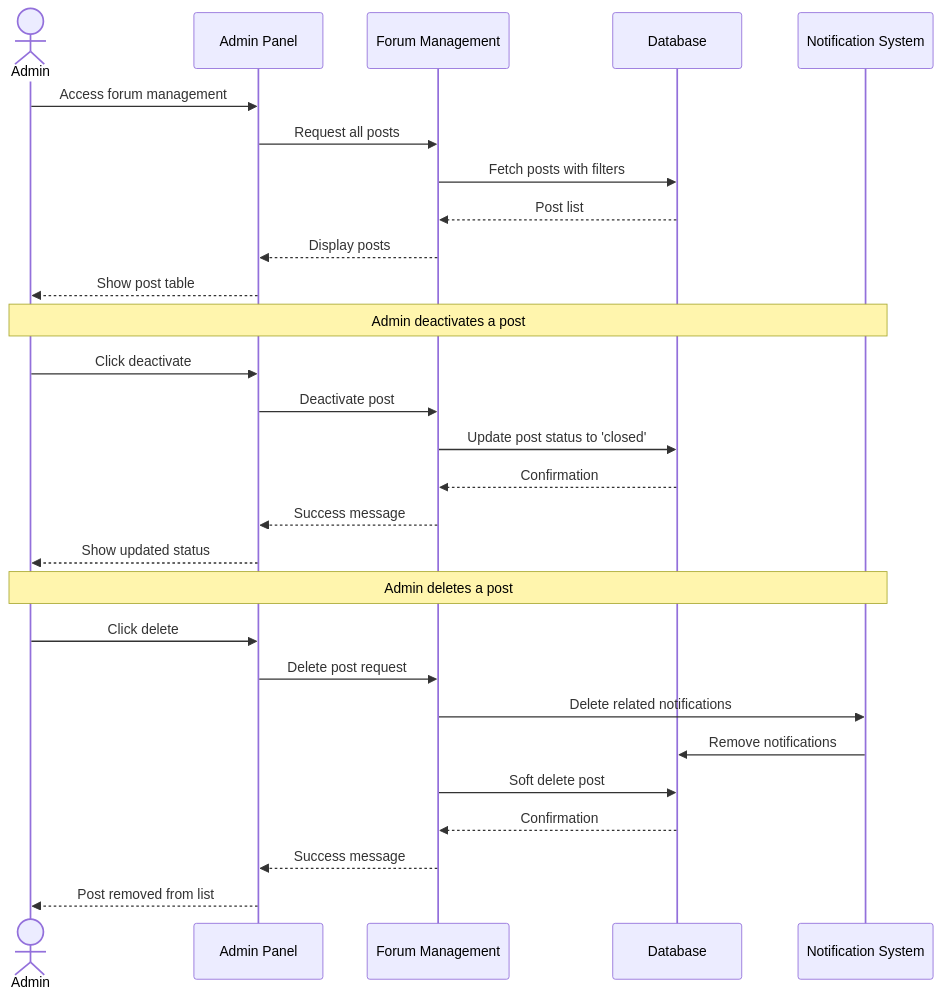
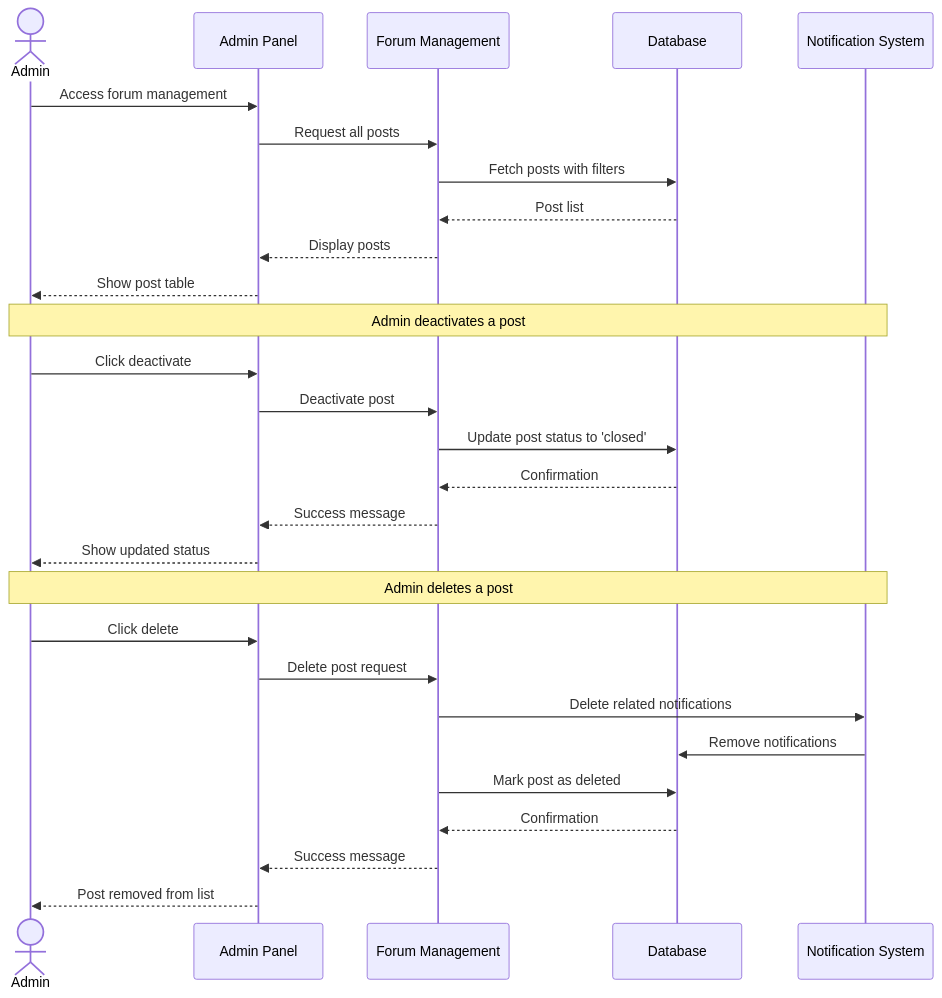
One commit to abdullah2323442/practice changed diagram 12 of 15 in system documentation.md. Above: the diagram before and after it, drawn with Mermaid. The commit also changed other lines of this file, not shown here.

````diff
--- a/system documentation.md
+++ b/system documentation.md
@@ -574,33 +579,33 @@
 ```mermaid
 sequenceDiagram
     actor Admin
     participant Web as Admin Panel
     participant Forum as Forum Management
     participant DB as Database
     participant Notif as Notification System
     
     Admin->>Web: Access forum management
     Web->>Forum: Request all posts
     Forum->>DB: Fetch posts with filters
     DB-->>Forum: Post list
     Forum-->>Web: Display posts
     Web-->>Admin: Show post table
     
     Note over Admin,Notif: Admin deactivates a post
     Admin->>Web: Click deactivate
     Web->>Forum: Deactivate post
     Forum->>DB: Update post status to 'closed'
     DB-->>Forum: Confirmation
     Forum-->>Web: Success message
     Web-->>Admin: Show updated status
     
     Note over Admin,Notif: Admin deletes a post
     Admin->>Web: Click delete
     Web->>Forum: Delete post request
     Forum->>Notif: Delete related notifications
     Notif->>DB: Remove notifications
-    Forum->>DB: Soft delete post
+    Forum->>DB: Mark post as deleted
     DB-->>Forum: Confirmation
     Forum-->>Web: Success message
     Web-->>Admin: Post removed from list
 ```
````
